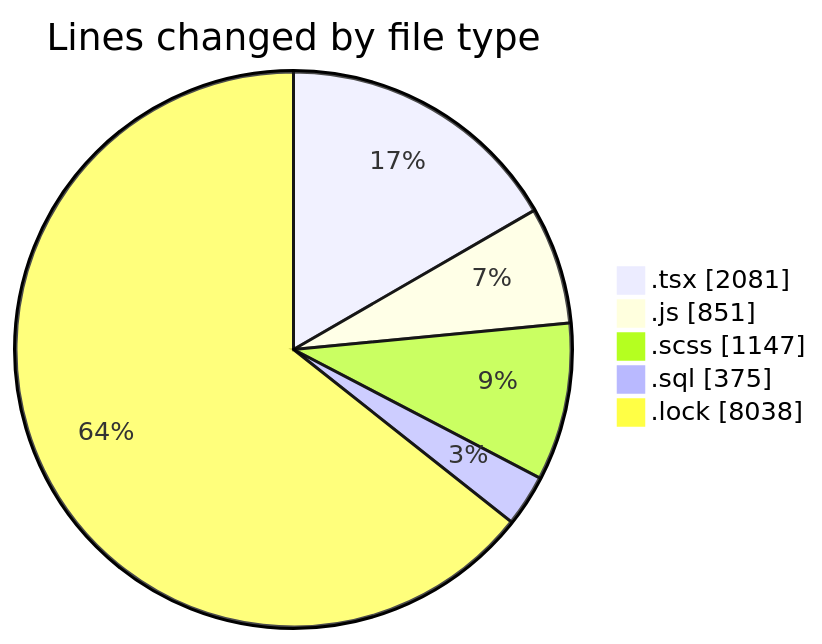
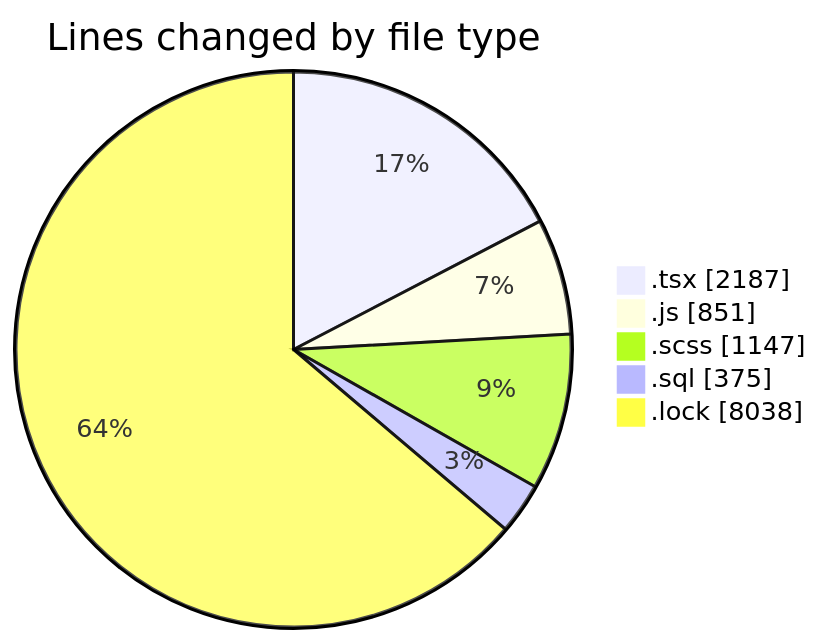
The first of 2 diagrams in 2025-03-18/cda/README.md (momahboobian/code-tracking), drawn with Mermaid before and after one commit. The commit also changed other lines of this file and 1 other file, not shown here.

````diff
--- a/2025-03-18/cda/README.md
+++ b/2025-03-18/cda/README.md
@@ -34,9 +34,9 @@
 ```mermaid
 pie showData
 title Lines changed by file type
-".tsx" : 2081
+".tsx" : 2187
 ".js" : 851
 ".scss" : 1147
 ".sql" : 375
 ".lock" : 8038
 ```
````
